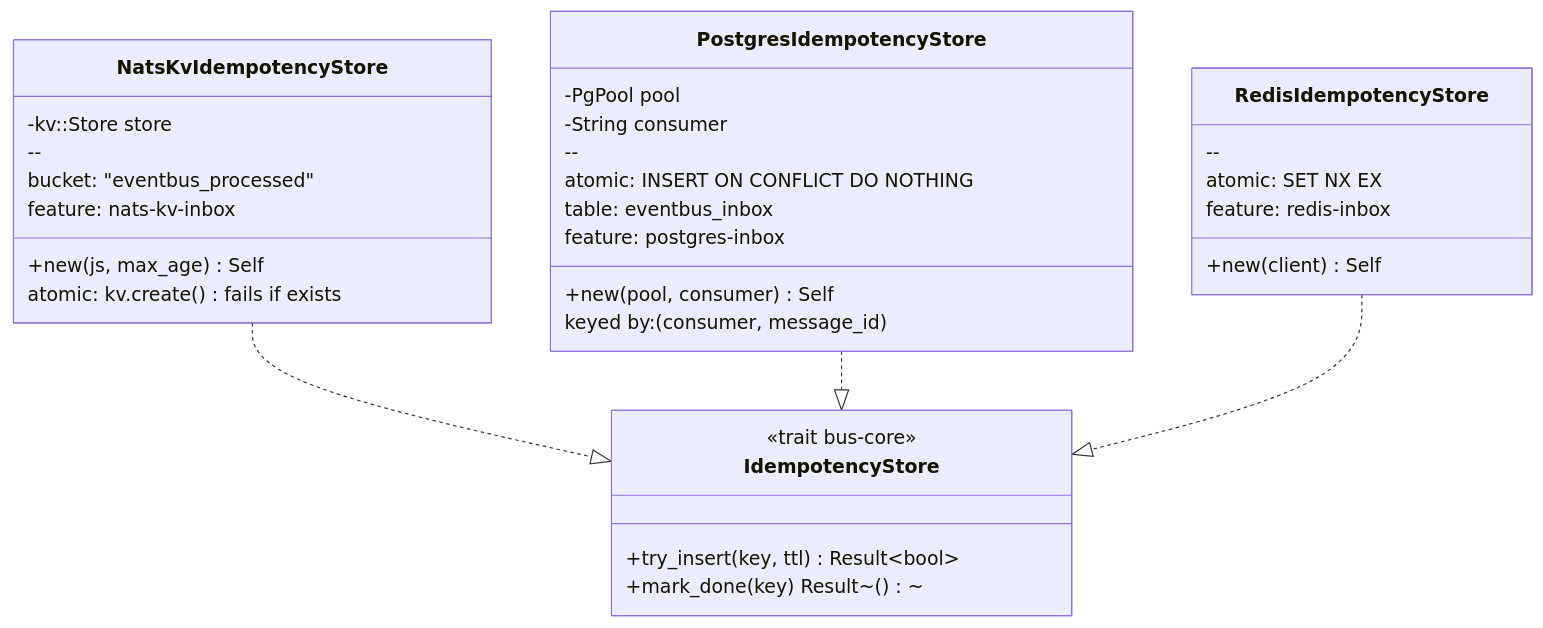
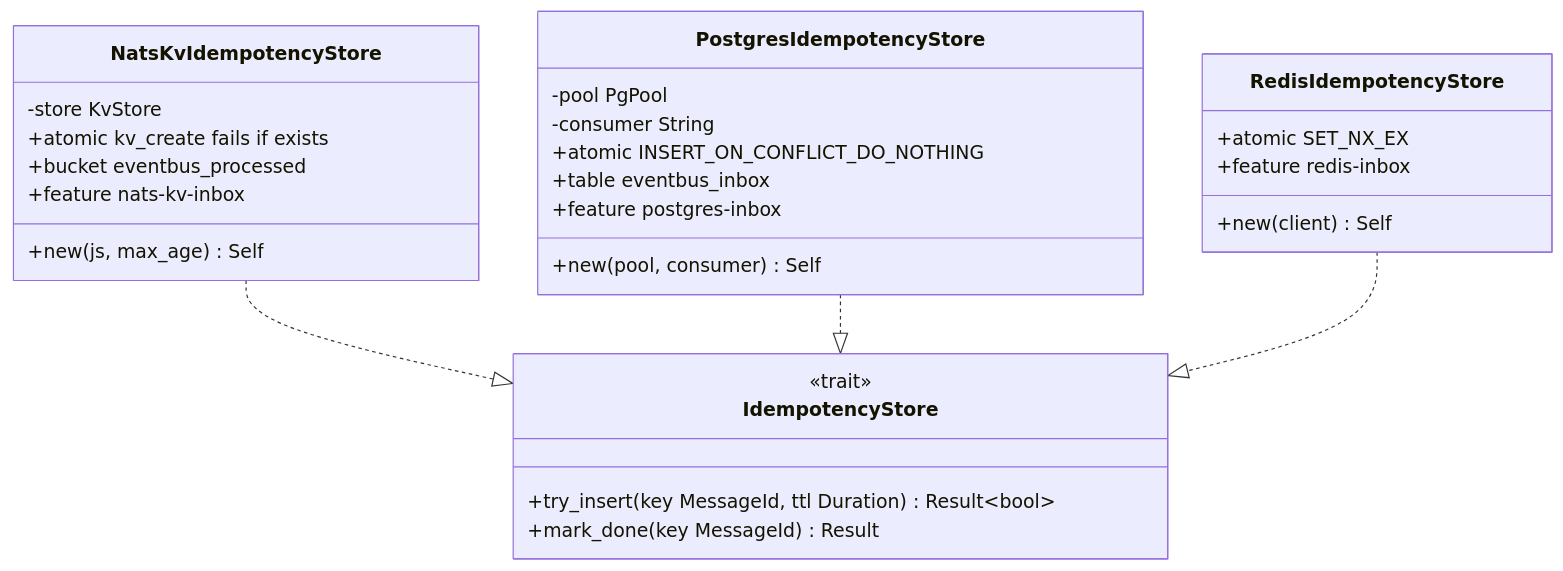
One commit to scriptkid23/eventbus-rs changed the tenth of 15 diagrams in docs/diagrams/system-diagrams.md. Above: the diagram before and after it, drawn with Mermaid. The commit also changed other lines of this file and 1 other file, not shown here.

First line of the commit message:
docs: refine class diagrams for eventbus-rs v1.0 with updated method signatures and bounds

````diff
--- a/docs/diagrams/system-diagrams.md
+++ b/docs/diagrams/system-diagrams.md
@@ -361,39 +354,35 @@
 ```mermaid
 classDiagram
     class IdempotencyStore {
-        <<trait bus-core>>
-        +try_insert(key, ttl) Result~bool~
-        +mark_done(key) Result~()~
+        <<trait>>
+        +try_insert(key MessageId, ttl Duration) Result~bool~
+        +mark_done(key MessageId) Result
     }
 
     class NatsKvIdempotencyStore {
-        -kv::Store store
+        -store KvStore
         +new(js, max_age) Self
-        --
-        atomic: kv.create() fails if exists
-        bucket: "eventbus_processed"
-        feature: nats-kv-inbox
+        +atomic kv_create fails if exists
+        +bucket eventbus_processed
+        +feature nats-kv-inbox
     }
 
     class PostgresIdempotencyStore {
-        -PgPool pool
-        -String consumer
+        -pool PgPool
+        -consumer String
         +new(pool, consumer) Self
-        --
-        atomic: INSERT ON CONFLICT DO NOTHING
-        table: eventbus_inbox
-        keyed by: (consumer, message_id)
-        feature: postgres-inbox
+        +atomic INSERT_ON_CONFLICT_DO_NOTHING
+        +table eventbus_inbox
+        +feature postgres-inbox
     }
 
     class RedisIdempotencyStore {
         +new(client) Self
-        --
-        atomic: SET NX EX
-        feature: redis-inbox
+        +atomic SET_NX_EX
+        +feature redis-inbox
     }
 
     NatsKvIdempotencyStore ..|> IdempotencyStore
     PostgresIdempotencyStore ..|> IdempotencyStore
     RedisIdempotencyStore ..|> IdempotencyStore
 ```
````
